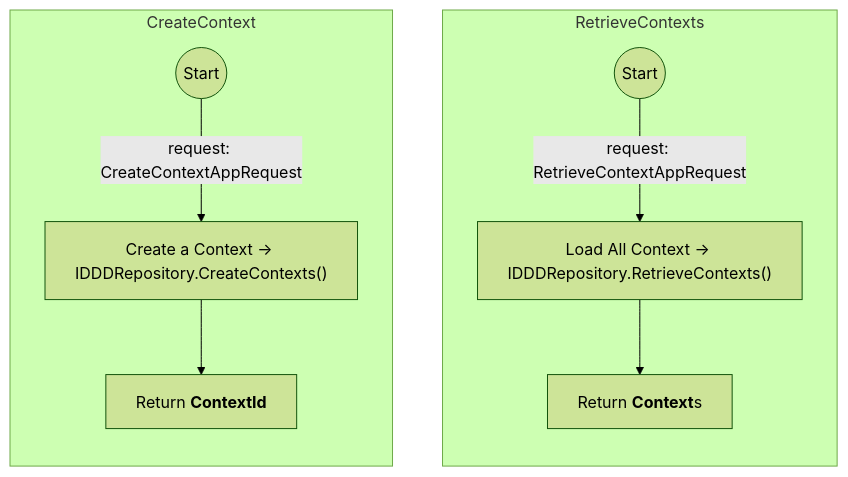
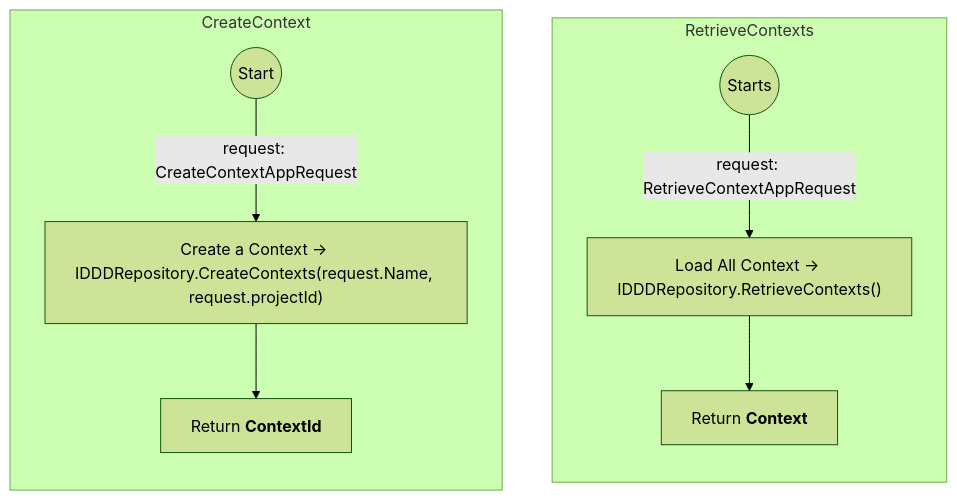
Before and after one commit to sdlfly2000/DomainBasedDesigner: the first of 2 diagrams in UML/Application/ContextAppService.md, drawn with Mermaid (forest theme). The commit also changed other lines of this file and 12 other files, not shown here.

Commit message:
CreateContext with projectid

````diff
--- a/UML/Application/ContextAppService.md
+++ b/UML/Application/ContextAppService.md
@@ -2,16 +2,16 @@
 ```mermaid
 graph TB
     subgraph RetrieveContexts[RetrieveContexts]
         direction TB
-        start1(("Start")) --> 
-        |request: RetrieveContextAppRequest| loadAllContext["Load All Context -> IDDDRepository.RetrieveContexts()"]-->
-        return1["`Return **Context**s`"]
+        start(("Start"s)) -->
+        |request: RetrieveContextAppRequest| loadAllContext["Load All Context -> IDDDRepository.RetrieveContexts()"] -->
+        return["`Return **Context**`"]
     end
 
     subgraph main CreateContext[CreateContext]
         direction TB
         start2(("Start")) --> 
-        |request: CreateContextAppRequest| CreateContext["Create a Context -> IDDDRepository.CreateContexts()"]-->
-        return2["`Return **ContextId**`"]
+        |request: CreateContextAppRequest| CreateContext["Create a Context -> IDDDRepository.CreateContexts(request.Name, request.projectId)"]-->
+        return2["`Return **ContextId**`"]            
     end
 ```
````
